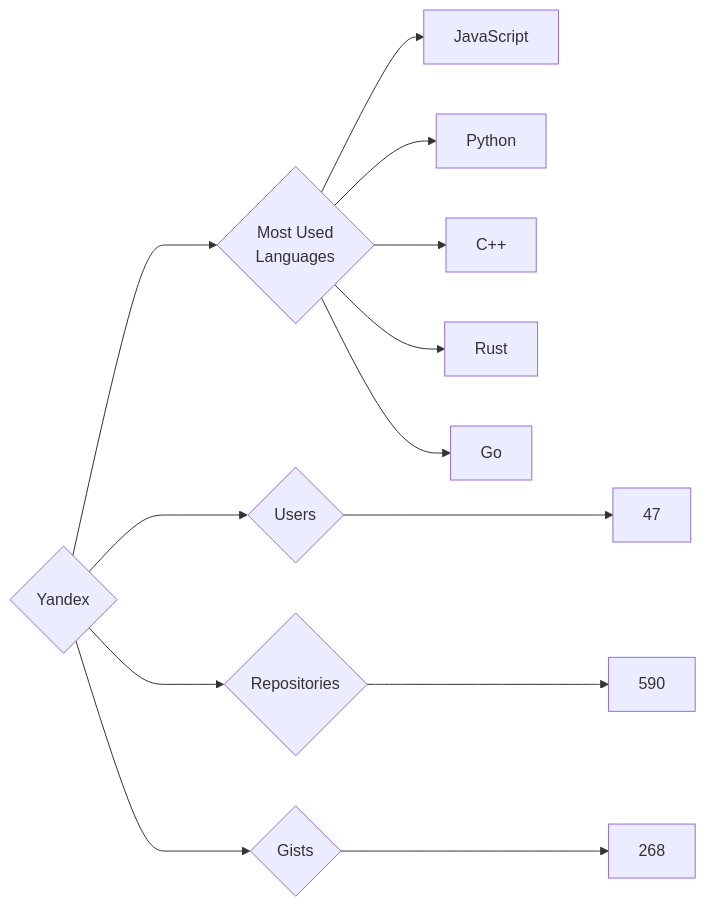
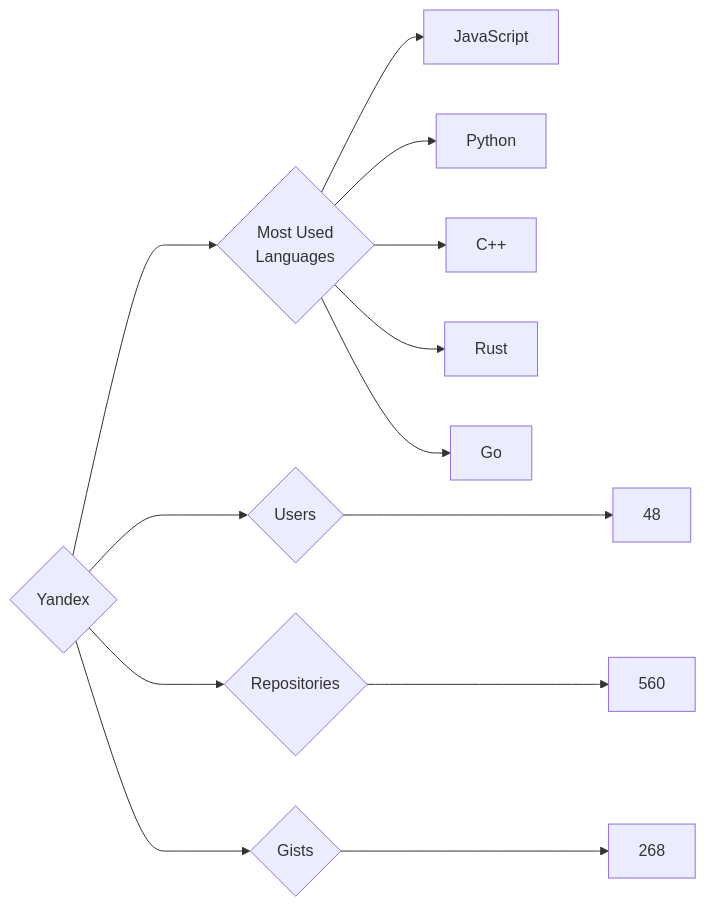
One commit to trickest/insiders changed the diagram in targets/Yandex/README.md. Above: the diagram before and after it, drawn with Mermaid. The commit also changed 1389 other files, not shown here.

````diff
--- a/targets/Yandex/README.md
+++ b/targets/Yandex/README.md
@@ -3,13 +3,13 @@
 ```mermaid
 graph LR
 COMPANY_NAME{Yandex}
-COMPANY_NAME ---> U{Users} ---> UN[47]
-COMPANY_NAME ---> R{Repositories} ---> RN[590]
+COMPANY_NAME ---> U{Users} ---> UN[48]
+COMPANY_NAME ---> R{Repositories} ---> RN[560]
 COMPANY_NAME ---> G{Gists} ---> GN[268]
 COMPANY_NAME ---> ML{Most Used<br>Languages}
 ML --> JavaScript[JavaScript]
 ML --> Python[Python]
 ML --> C++[C++]
 ML --> Rust[Rust]
 ML --> Go[Go]
 ```
````
